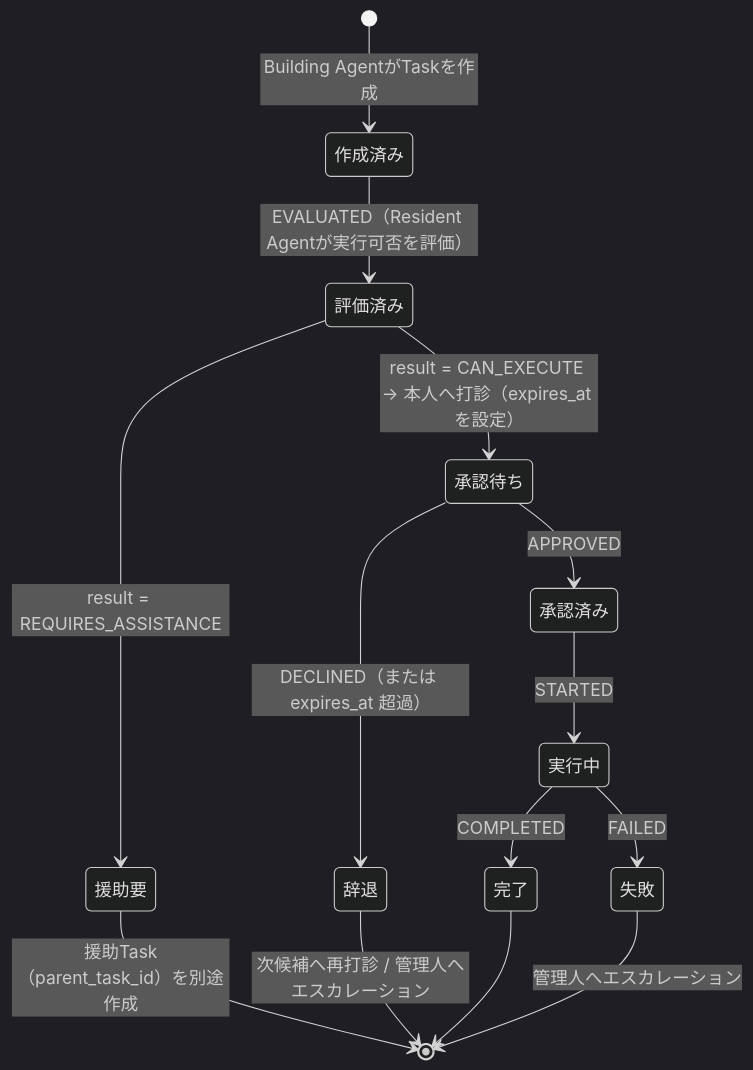
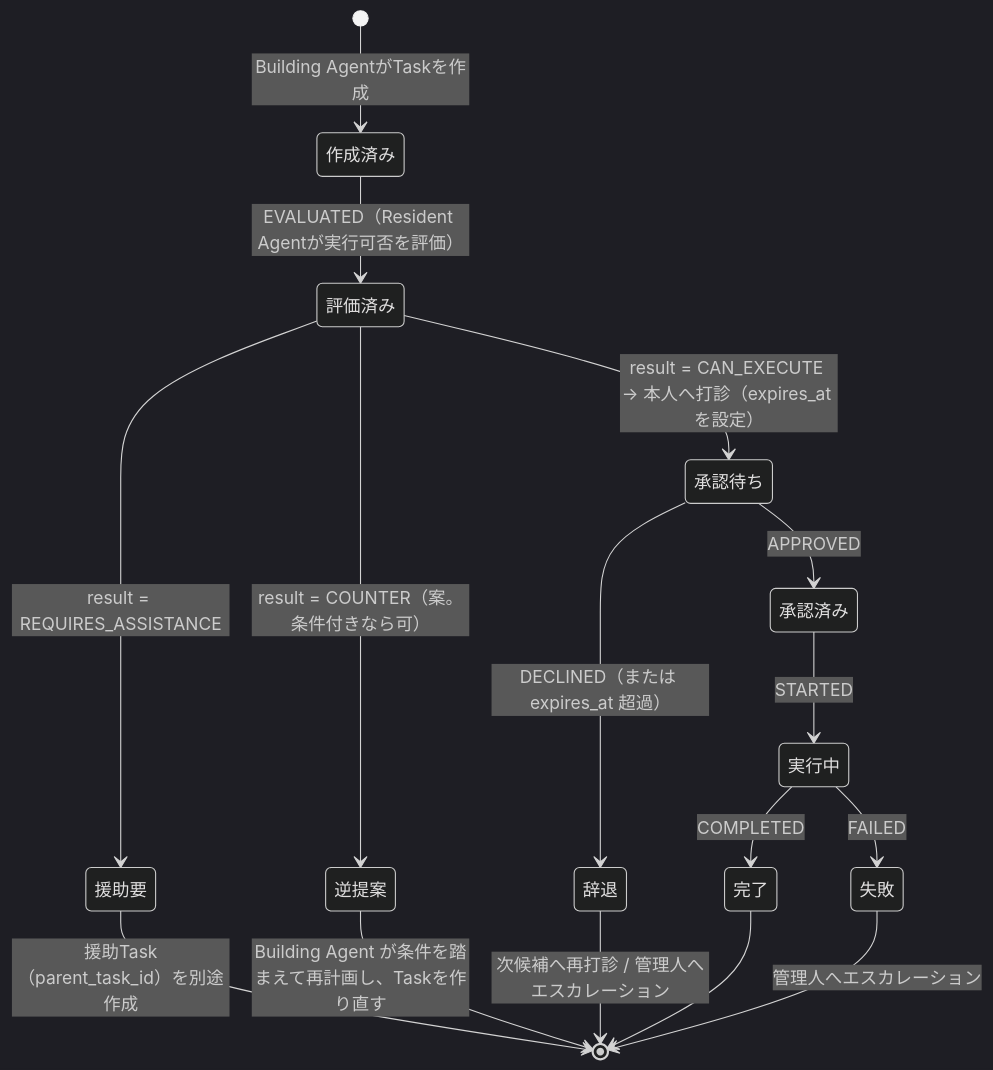
One commit to akakura-hackathon/zashikiwarashi changed the third of 7 diagrams in docs/DESIGN.md. Above: the diagram before and after it, drawn with Mermaid (dark theme). The commit also changed other lines of this file and 7 other files, not shown here.

````diff
--- a/docs/DESIGN.md
+++ b/docs/DESIGN.md
@@ -323,16 +328,18 @@
 ```mermaid
 stateDiagram-v2
   [*] --> 作成済み: Building AgentがTaskを作成
   作成済み --> 評価済み: EVALUATED（Resident Agentが実行可否を評価）
   評価済み --> 援助要: result = REQUIRES_ASSISTANCE
   援助要 --> [*]: 援助Task（parent_task_id）を別途作成
+  評価済み --> 逆提案: result = COUNTER（案。条件付きなら可）
+  逆提案 --> [*]: Building Agent が条件を踏まえて再計画し、Taskを作り直す
   評価済み --> 承認待ち: result = CAN_EXECUTE → 本人へ打診（expires_at を設定）
   承認待ち --> 承認済み: APPROVED
   承認待ち --> 辞退: DECLINED（または expires_at 超過）
   辞退 --> [*]: 次候補へ再打診 / 管理人へエスカレーション
   承認済み --> 実行中: STARTED
   実行中 --> 完了: COMPLETED
   実行中 --> 失敗: FAILED
   完了 --> [*]
   失敗 --> [*]: 管理人へエスカレーション
 ```
````
